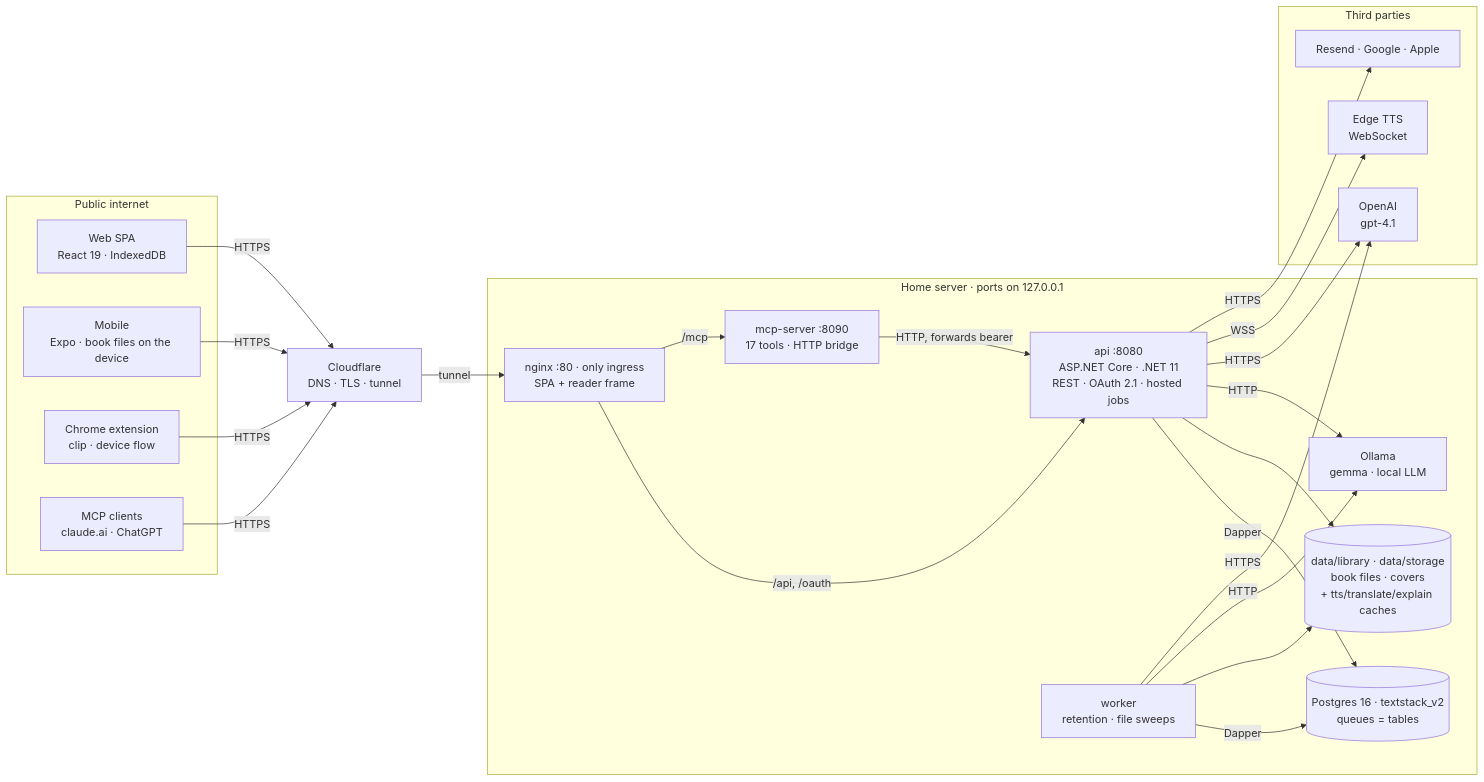
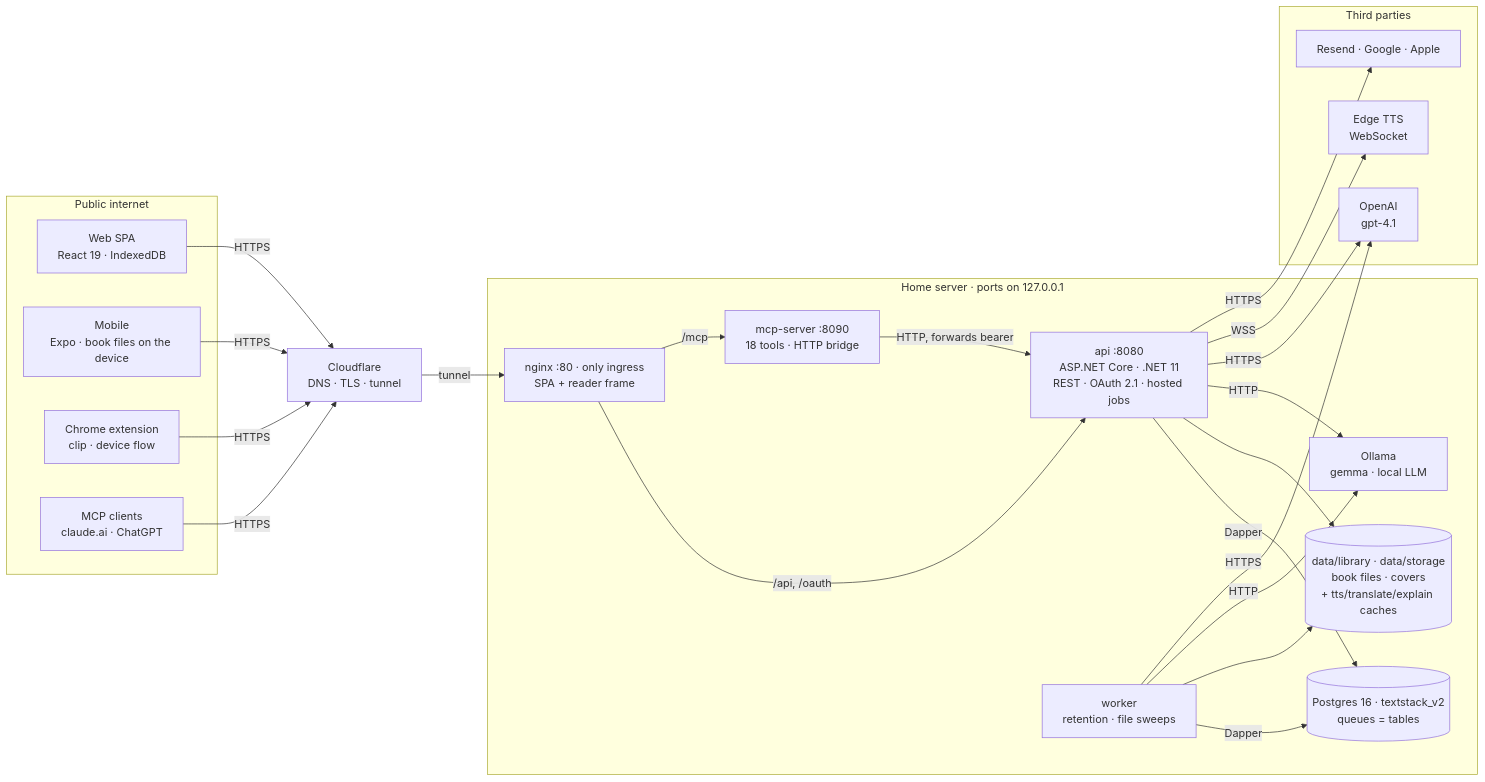
The first of 4 diagrams in docs/architecture/flows.md (mrviduus/textstack), drawn with Mermaid before and after one commit. The commit also changed 19 other files, not shown here.

````diff
--- a/docs/architecture/flows.md
+++ b/docs/architecture/flows.md
@@ -12,40 +12,40 @@
 ```mermaid
 flowchart LR
     subgraph internet["Public internet"]
         web["Web SPA<br/>React 19 · IndexedDB"]
         mob["Mobile<br/>Expo · book files on the device"]
         ext["Chrome extension<br/>clip · device flow"]
         mcpc["MCP clients<br/>claude.ai · ChatGPT"]
     end
 
     cf["Cloudflare<br/>DNS · TLS · tunnel"]
 
     subgraph home["Home server · ports on 127.0.0.1"]
         nginx["nginx :80 · only ingress<br/>SPA + reader frame"]
         api["api :8080<br/>ASP.NET Core · .NET 11<br/>REST · OAuth 2.1 · hosted jobs"]
-        mcp["mcp-server :8090<br/>17 tools · HTTP bridge"]
+        mcp["mcp-server :8090<br/>18 tools · HTTP bridge"]
         worker["worker<br/>retention · file sweeps"]
         db[("Postgres 16 · textstack_v2<br/>queues = tables")]
         fs[("data/library · data/storage<br/>book files · covers<br/>+ tts/translate/explain caches")]
         ollama["Ollama<br/>gemma · local LLM"]
     end
 
     subgraph third["Third parties"]
         openai["OpenAI<br/>gpt-4.1"]
         tts["Edge TTS<br/>WebSocket"]
         mail["Resend · Google · Apple"]
     end
 
     web & mob & ext & mcpc -->|HTTPS| cf
     cf -->|tunnel| nginx
     nginx -->|"/api, /oauth"| api
     nginx -->|/mcp| mcp
     mcp -->|"HTTP, forwards bearer"| api
     api -->|Dapper| db
     worker -->|Dapper| db
     api & worker --> fs
     api & worker -->|HTTP| ollama
     api & worker -->|HTTPS| openai
     api -->|WSS| tts
     api -->|HTTPS| mail
 ```
````
